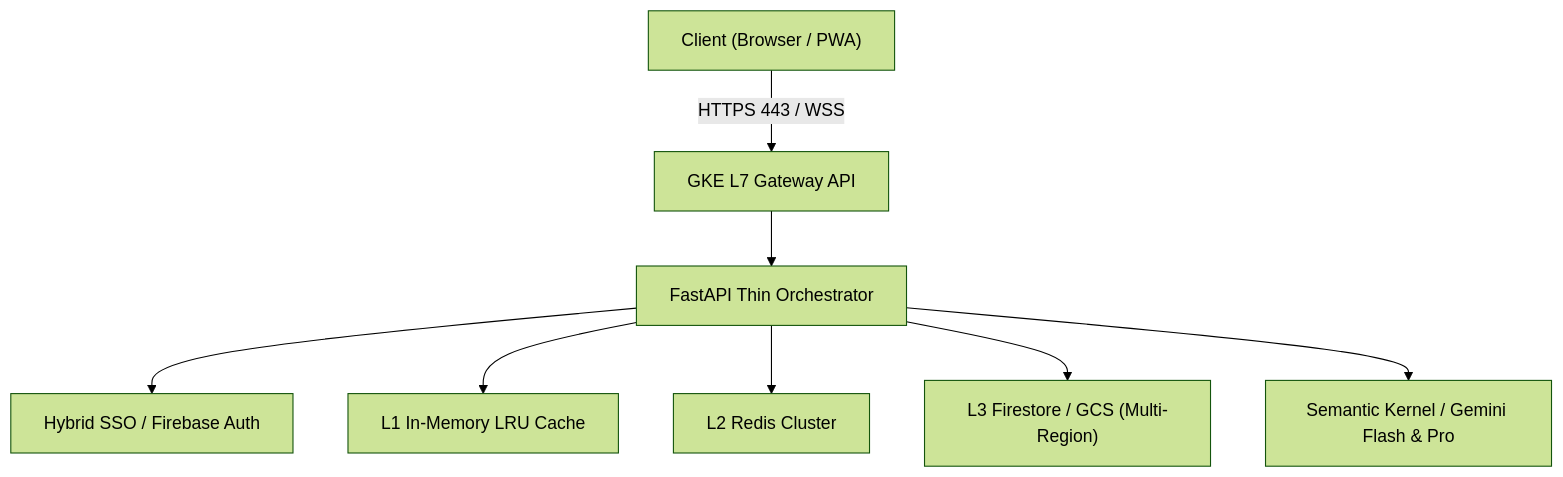
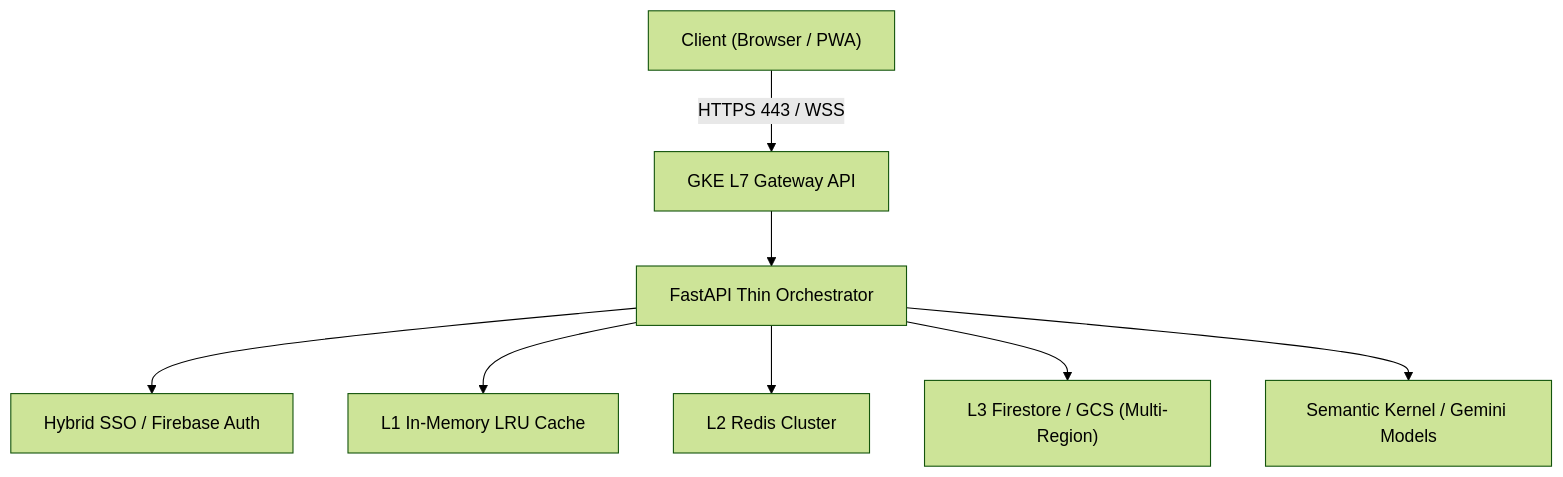
One commit to Connex-Brothers-Consulting-Group/cbcg-hs-connex-docs changed the diagram in architecture.mdx. Above: the diagram before and after it, drawn with Mermaid (forest theme). The commit also changed other lines of this file and 12 other files, not shown here.

````diff
--- a/architecture.mdx
+++ b/architecture.mdx
@@ -11,10 +11,10 @@
 ```mermaid
 graph TD
     Client["Client (Browser / PWA)"] -->|HTTPS 443 / WSS| Gateway["GKE L7 Gateway API"]
     Gateway --> FastRouter["FastAPI Thin Orchestrator"]
     FastRouter --> Auth["Hybrid SSO / Firebase Auth"]
     FastRouter --> L1Cache["L1 In-Memory LRU Cache"]
     FastRouter --> L2Cache["L2 Redis Cluster"]
     FastRouter --> L3Storage["L3 Firestore / GCS (Multi-Region)"]
-    FastRouter --> AI["Semantic Kernel / Gemini Flash & Pro"]
+    FastRouter --> AI["Semantic Kernel / Gemini Models"]
 ```
````
